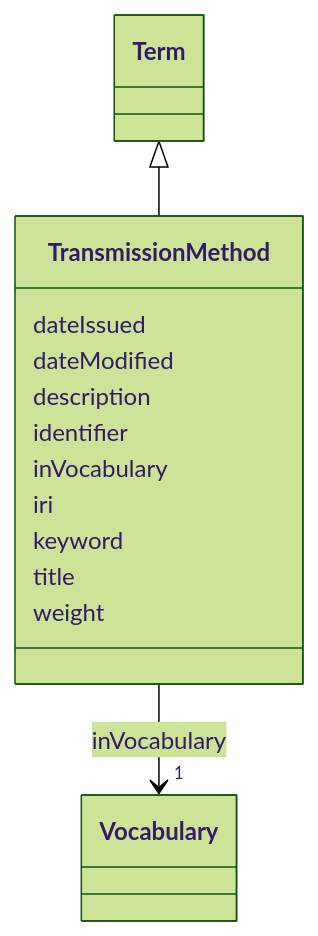
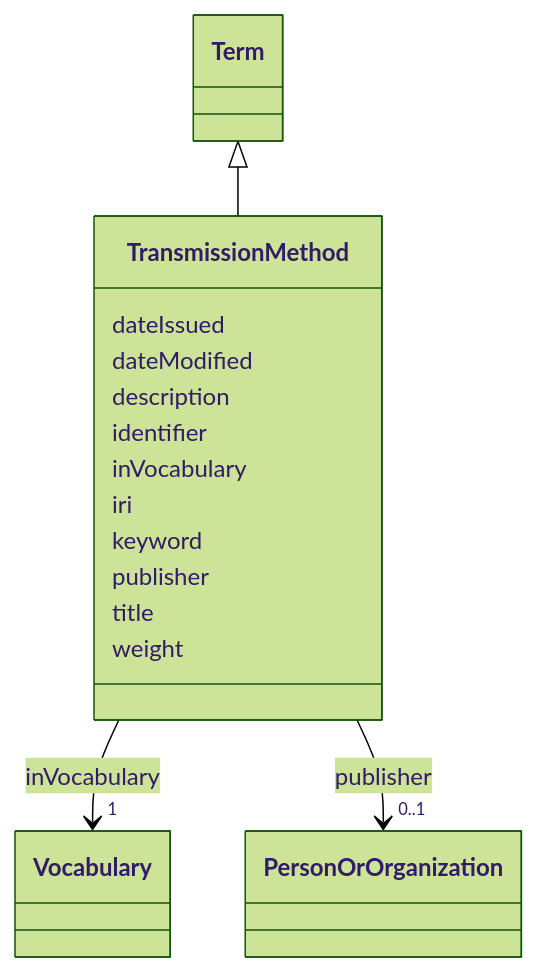
One commit to EVORA-project/evora-ontology changed the diagram in models/docs/TransmissionMethod.md. Above: the diagram before and after it, drawn with Mermaid (forest theme). The commit also changed other lines of this file and 468 other files, not shown here.

````diff
--- a/models/docs/TransmissionMethod.md
+++ b/models/docs/TransmissionMethod.md
@@ -19,34 +19,43 @@
 ```mermaid
  classDiagram
     class TransmissionMethod
     click TransmissionMethod href "../TransmissionMethod"
       Term <|-- TransmissionMethod
         click Term href "../Term"
       
       TransmissionMethod : dateIssued
         
       TransmissionMethod : dateModified
         
       TransmissionMethod : description
         
       TransmissionMethod : identifier
         
       TransmissionMethod : inVocabulary
         
           
     
     
     TransmissionMethod --> "1" Vocabulary : inVocabulary
     click Vocabulary href "../Vocabulary"
 
         
       TransmissionMethod : iri
         
       TransmissionMethod : keyword
         
+      TransmissionMethod : publisher
+        
+          
+    
+    
+    TransmissionMethod --> "0..1" PersonOrOrganization : publisher
+    click PersonOrOrganization href "../PersonOrOrganization"
+
+        
       TransmissionMethod : title
         
       TransmissionMethod : weight
         
       
 ```
````
